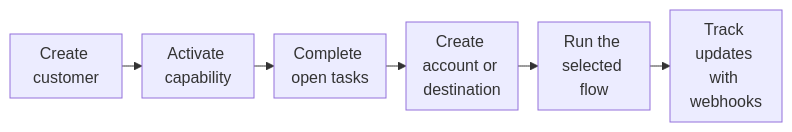
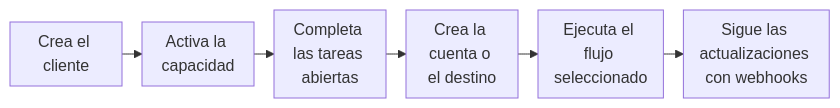
The diagram in es/integration/overview.mdx (swipelux/public-docs), drawn with Mermaid before and after one commit. The commit also changed 285 other files, not shown here.

````diff
--- a/es/integration/overview.mdx
+++ b/es/integration/overview.mdx
@@ -22,9 +22,9 @@
 ```mermaid
 %%{init: {"flowchart": {"rankSpacing": 20, "nodeSpacing": 16, "wrappingWidth": 80, "padding": 8}}}%%
 flowchart LR
-  A["Create customer"] --> B["Activate capability"]
-  B --> C["Complete open tasks"]
-  C --> D["Create account or destination"]
-  D --> E["Run the selected flow"]
-  E --> F["Track updates with webhooks"]
+  A["Crea el cliente"] --> B["Activa la capacidad"]
+  B --> C["Completa las tareas abiertas"]
+  C --> D["Crea la cuenta o el destino"]
+  D --> E["Ejecuta el flujo seleccionado"]
+  E --> F["Sigue las actualizaciones con webhooks"]
 ```
````
